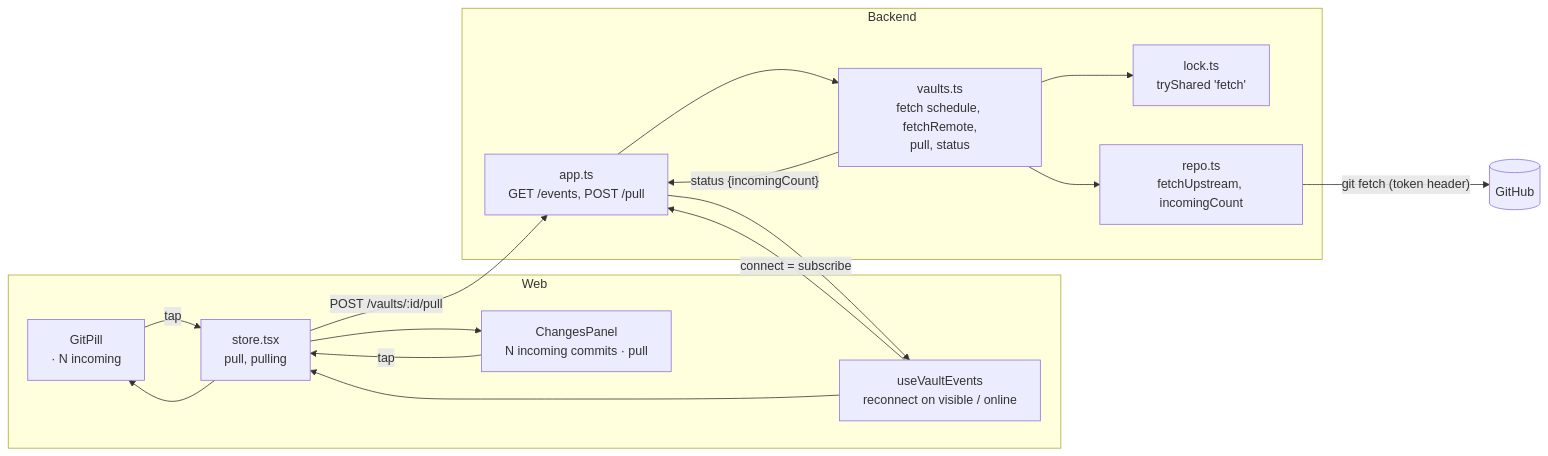
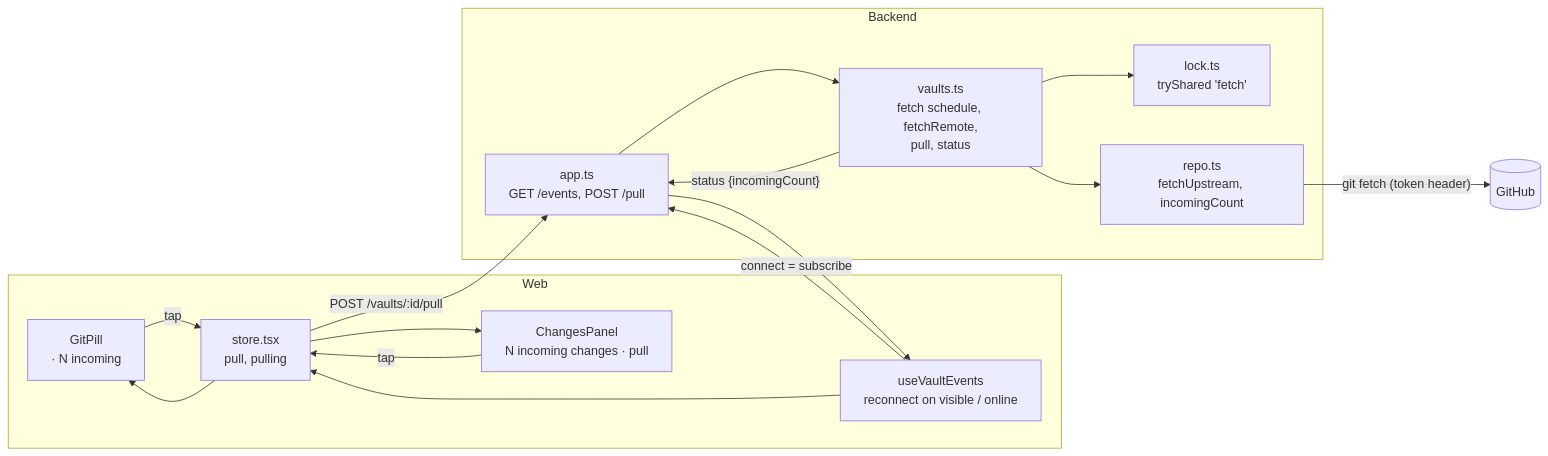
Before and after one commit to tillg/karpathy.app: the first of 3 diagrams in specs/changes/remote-changes/architecture.md, drawn with Mermaid. The commit also changed other lines of this file and 3 other files, not shown here.

````diff
--- a/specs/changes/remote-changes/architecture.md
+++ b/specs/changes/remote-changes/architecture.md
@@ -16,26 +16,26 @@
 ```mermaid
 flowchart LR
     subgraph Web
       GP[GitPill<br/>· N incoming]
-      CP[ChangesPanel<br/>N incoming commits · pull]
+      CP[ChangesPanel<br/>N incoming changes · pull]
       ST[store.tsx<br/>pull, pulling]
       EV[useVaultEvents<br/>reconnect on visible / online]
     end
     subgraph Backend
       APP[app.ts<br/>GET /events, POST /pull]
       V[vaults.ts<br/>fetch schedule, fetchRemote,<br/>pull, status]
       LK[lock.ts<br/>tryShared 'fetch']
       RP[repo.ts<br/>fetchUpstream, incomingCount]
     end
     GH[(GitHub)]
     EV -- "connect = subscribe" --> APP
     APP --> V
     V --> LK
     V --> RP
     RP -- "git fetch (token header)" --> GH
     V -- "status {incomingCount}" --> APP --> EV --> ST --> GP
     ST --> CP
     GP -- tap --> ST
     CP -- tap --> ST
     ST -- "POST /vaults/:id/pull" --> APP
 ```
````
